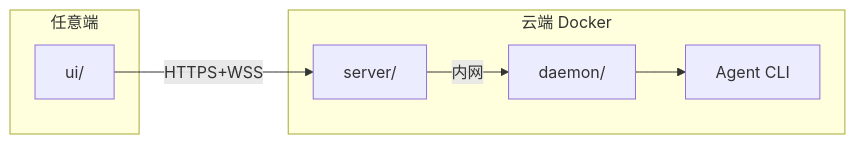
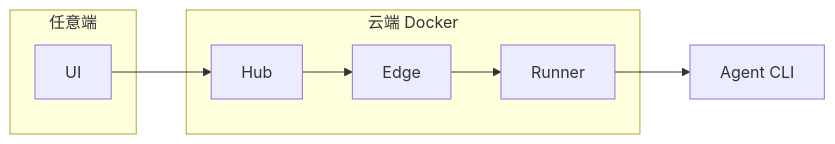
One commit to TokenDanceLab/AgentHub changed the eighth of 10 diagrams in docs/architecture.md. Above: the diagram before and after it, drawn with Mermaid. The commit also changed other lines of this file and 62 other files, not shown here.

Commit message:
refactor: 重构为 Hub-Edge-Runner 工程化 monorepo

````diff
--- a/docs/architecture.md
+++ b/docs/architecture.md
@@ -151,16 +178,19 @@
 ```mermaid
 graph LR
     subgraph Client["任意端"]
-        UI["ui/"]
+        UI["UI"]
     end
 
     subgraph Cloud["云端 Docker"]
-        Server["server/"]
-        Daemon["daemon/"]
-        Agent["Agent CLI"]
+        Hub["Hub"]
+        Edge["Edge"]
+        Runner["Runner"]
     end
 
-    UI -->|"HTTPS+WSS"| Server
-    Server -->|"内网"| Daemon
-    Daemon --> Agent
+    Agent["Agent CLI"]
+
+    UI --> Hub
+    Hub --> Edge
+    Edge --> Runner
+    Runner --> Agent
 ```
````
